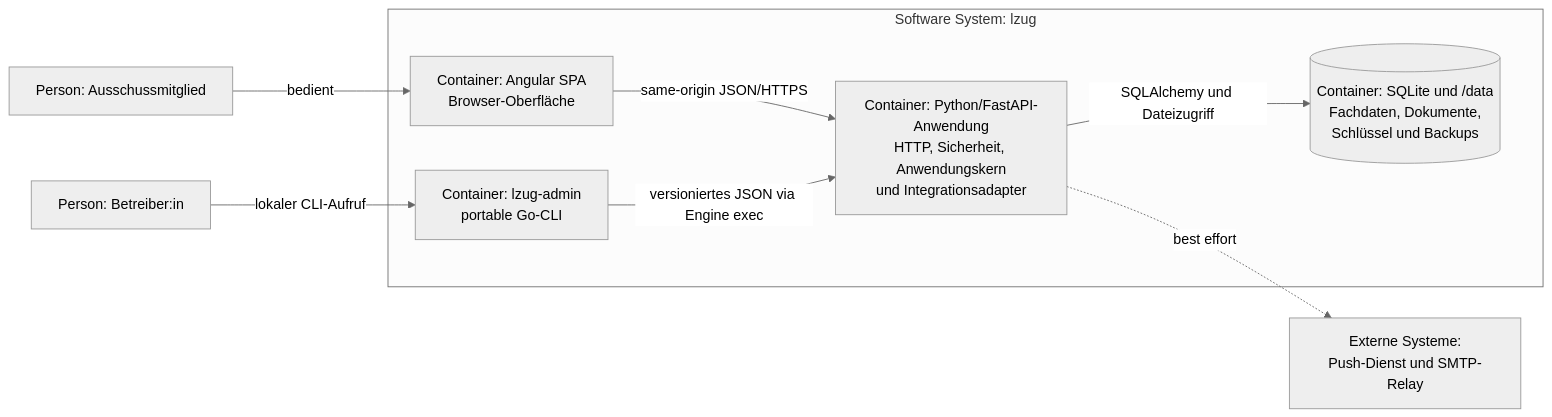
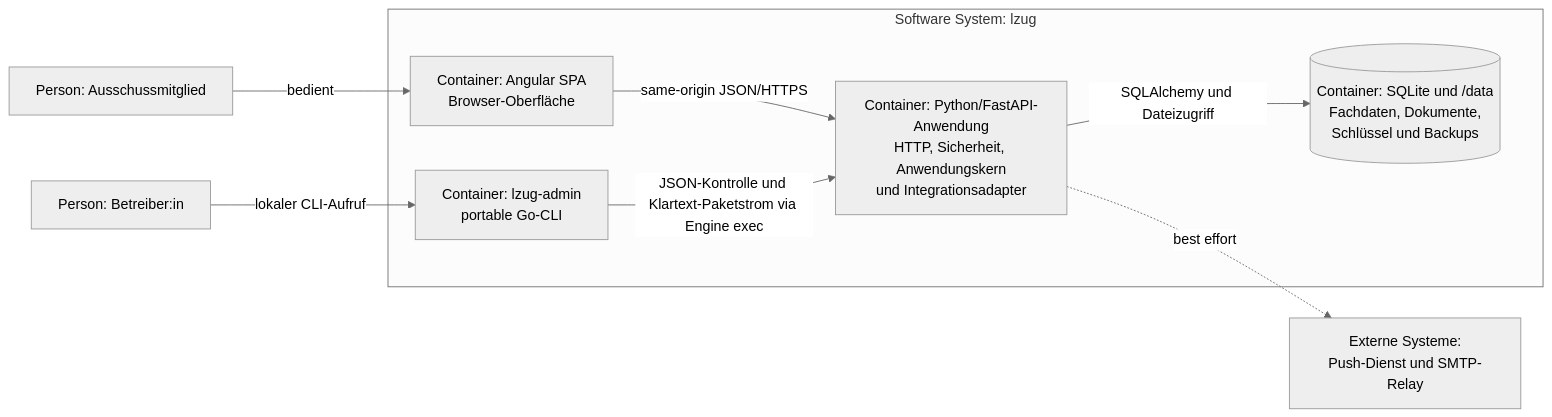
One commit to lxndrp/lzug changed the second of 5 diagrams in docs/developers/architecture.md. Above: the diagram before and after it, drawn with Mermaid (neutral theme). The commit also changed other lines of this file and 51 other files, not shown here.

````diff
--- a/docs/developers/architecture.md
+++ b/docs/developers/architecture.md
@@ -38,20 +38,20 @@
 ```mermaid
 flowchart LR
   member["Person: Ausschussmitglied"]
   operator["Person: Betreiber:in"]
   channels["Externe Systeme:<br/>Push-Dienst und SMTP-Relay"]
 
   subgraph system["Software System: lzug"]
     spa["Container: Angular SPA<br/>Browser-Oberfläche"]
     app["Container: Python/FastAPI-Anwendung<br/>HTTP, Sicherheit, Anwendungskern<br/>und Integrationsadapter"]
     admin["Container: lzug-admin<br/>portable Go-CLI"]
     data[("Container: SQLite und /data<br/>Fachdaten, Dokumente,<br/>Schlüssel und Backups")]
   end
 
   member -->|"bedient"| spa
   spa -->|"same-origin JSON/HTTPS"| app
   operator -->|"lokaler CLI-Aufruf"| admin
-  admin -->|"versioniertes JSON via Engine exec"| app
+  admin -->|"JSON-Kontrolle und Klartext-Paketstrom via Engine exec"| app
   app -->|"SQLAlchemy und Dateizugriff"| data
   app -.->|"best effort"| channels
 ```
````
